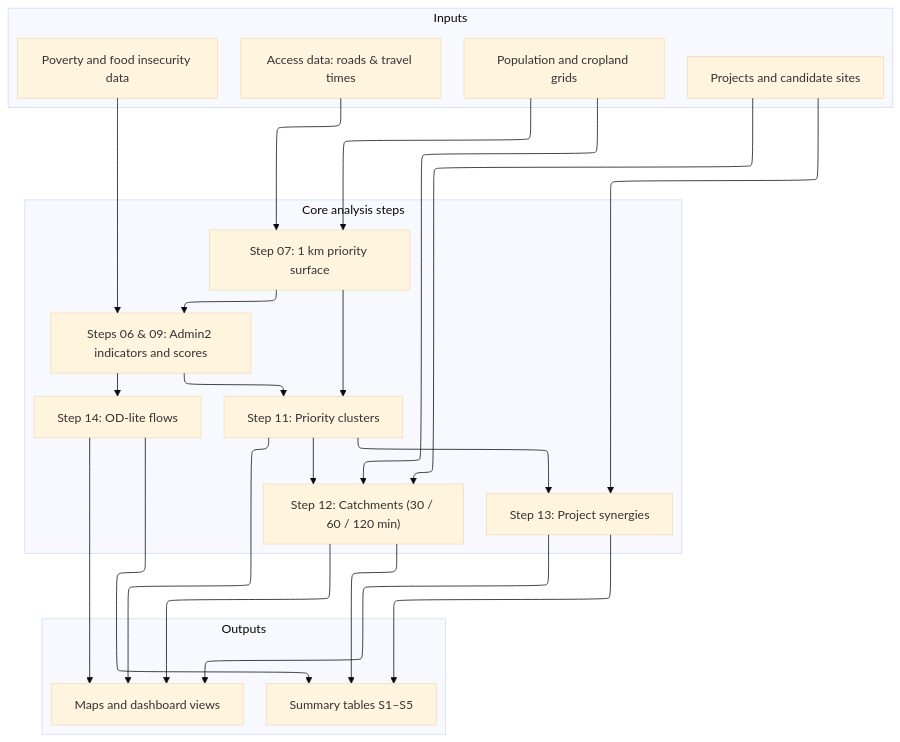
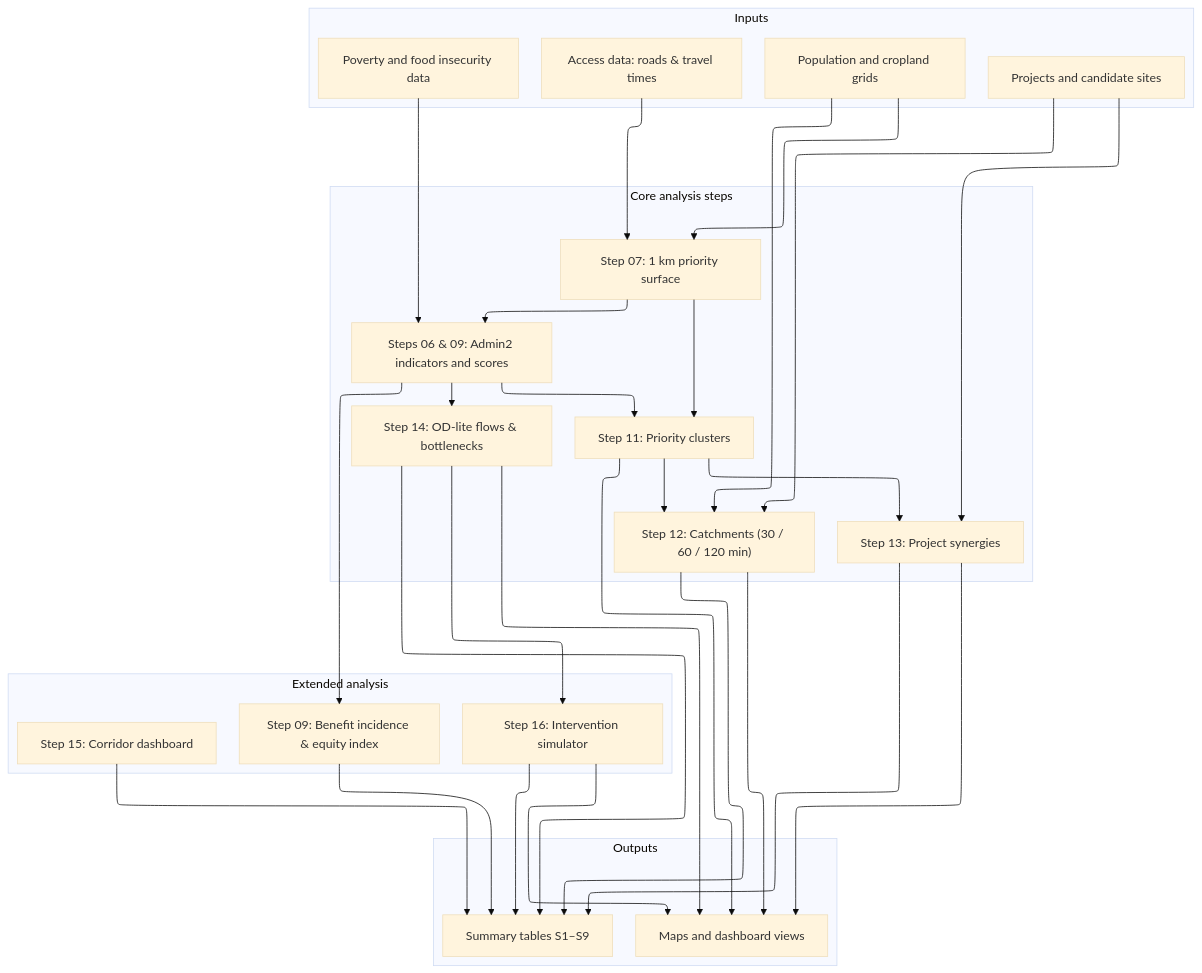
Before and after one commit to bennyistanto/ago-lobitocorridor-analysis: the first of 10 diagrams in docs/chapters/summary.md, drawn with Mermaid (base theme). The commit also changed other lines of this file and 118 other files, not shown here.

````diff
--- a/docs/chapters/summary.md
+++ b/docs/chapters/summary.md
@@ -15,35 +15,43 @@
 ```{mermaid}
 ---
 config:
   layout: elk
 ---
 flowchart TB
  subgraph Inputs["Inputs"]
         A1["Access data: roads & travel times"]
         A2["Poverty and food insecurity data"]
         A3["Population and cropland grids"]
         A4["Projects and candidate sites"]
   end
  subgraph Core_Analysis["Core analysis steps"]
         B1["Step 07: 1 km priority surface"]
         B2["Steps 06 & 09: Admin2 indicators and scores"]
         B3["Step 11: Priority clusters"]
         B4["Step 12: Catchments (30 / 60 / 120 min)"]
         B5["Step 13: Project synergies"]
-        B6["Step 14: OD-lite flows"]
+        B6["Step 14: OD-lite flows & bottlenecks"]
+  end
+ subgraph Extended["Extended analysis"]
+        D1["Step 09: Benefit incidence & equity index"]
+        D2["Step 16: Intervention simulator"]
+        D3["Step 15: Corridor dashboard"]
   end
  subgraph Outputs["Outputs"]
-        C1["Summary tables S1–S5"]
+        C1["Summary tables S1–S9"]
         C2["Maps and dashboard views"]
   end
     A1 --> B1
     A2 --> B2
     A3 --> B1 & B4
     A4 --> B4 & B5
     B1 --> B2 & B3
-    B2 --> B3 & B6
+    B2 --> B3 & B6 & D1
     B3 --> B4 & B5 & C2
     B4 --> C1 & C2
     B5 --> C1 & C2
-    B6 --> C1 & C2
+    B6 --> C1 & C2 & D2
+    D1 --> C1
+    D2 --> C1 & C2
+    D3 --> C1
 ```
````
